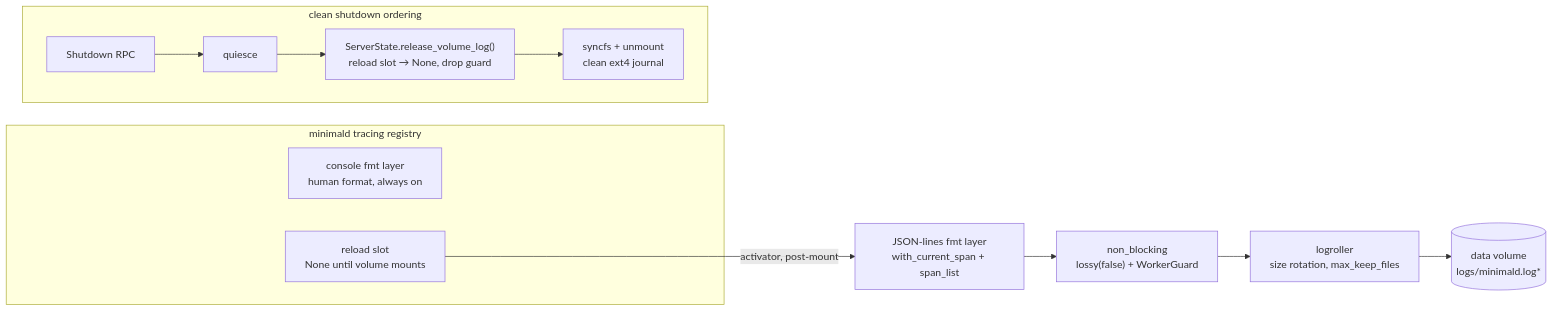
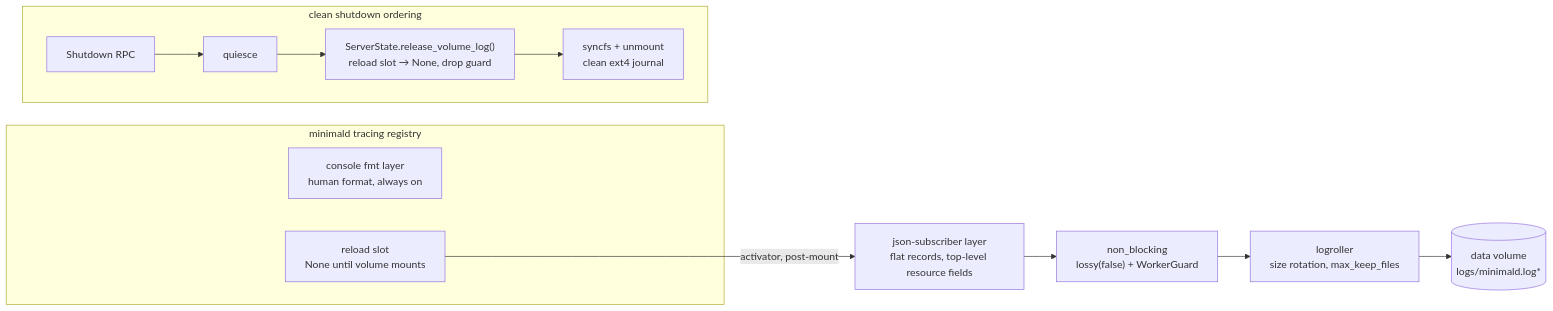
One commit to gominimal/minimal changed the third of 4 diagrams in docs/specs/10-spec-diagnostics/architecture.md. Above: the diagram before and after it, drawn with Mermaid. The commit also changed other lines of this file and 1 other file, not shown here.

````diff
--- a/docs/specs/10-spec-diagnostics/architecture.md
+++ b/docs/specs/10-spec-diagnostics/architecture.md
@@ -131,18 +131,18 @@
 ```mermaid
 flowchart LR
     subgraph REG["minimald tracing registry"]
         CONS["console fmt layer<br/>human format, always on"]
         RELOAD["reload slot<br/>None until volume mounts"]
     end
-    JSON["JSON-lines fmt layer<br/>with_current_span + span_list"]
+    JSON["json-subscriber layer<br/>flat records, top-level resource fields"]
     NB["non_blocking<br/>lossy(false) + WorkerGuard"]
     ROLL["logroller<br/>size rotation, max_keep_files"]
     VOL[("data volume<br/>logs/minimald.log*")]
 
     RELOAD -->|"activator, post-mount"| JSON --> NB --> ROLL --> VOL
 
     subgraph SHUTDOWN["clean shutdown ordering"]
         direction LR
         S1["Shutdown RPC"] --> S2["quiesce"] --> S3["ServerState.release_volume_log()<br/>reload slot → None, drop guard"] --> S4["syncfs + unmount<br/>clean ext4 journal"]
     end
 ```
````
